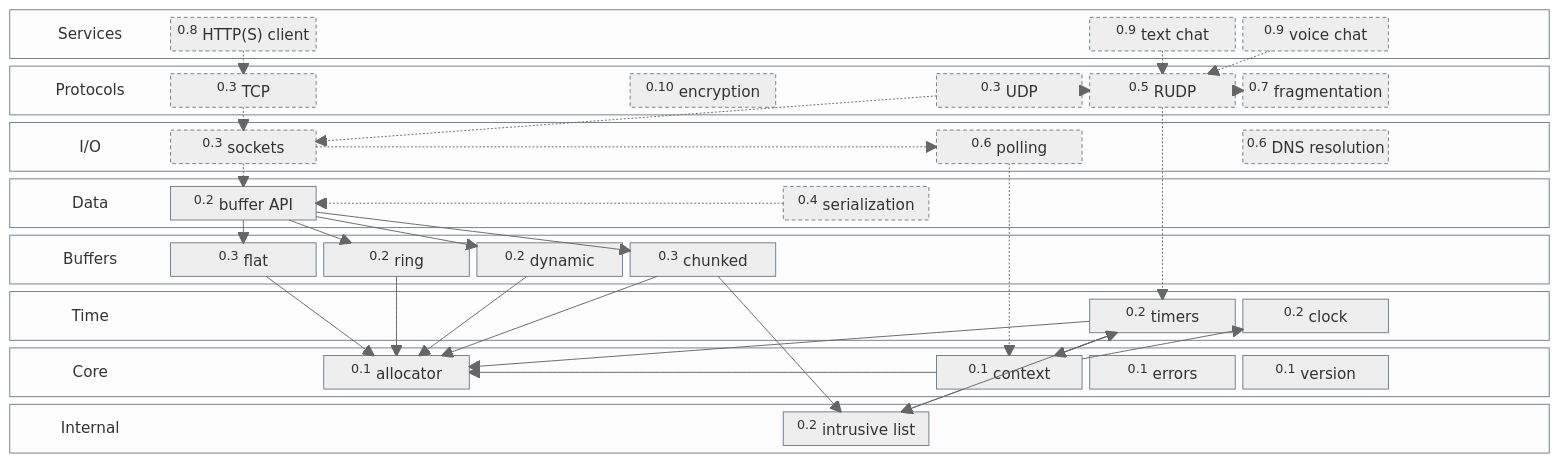
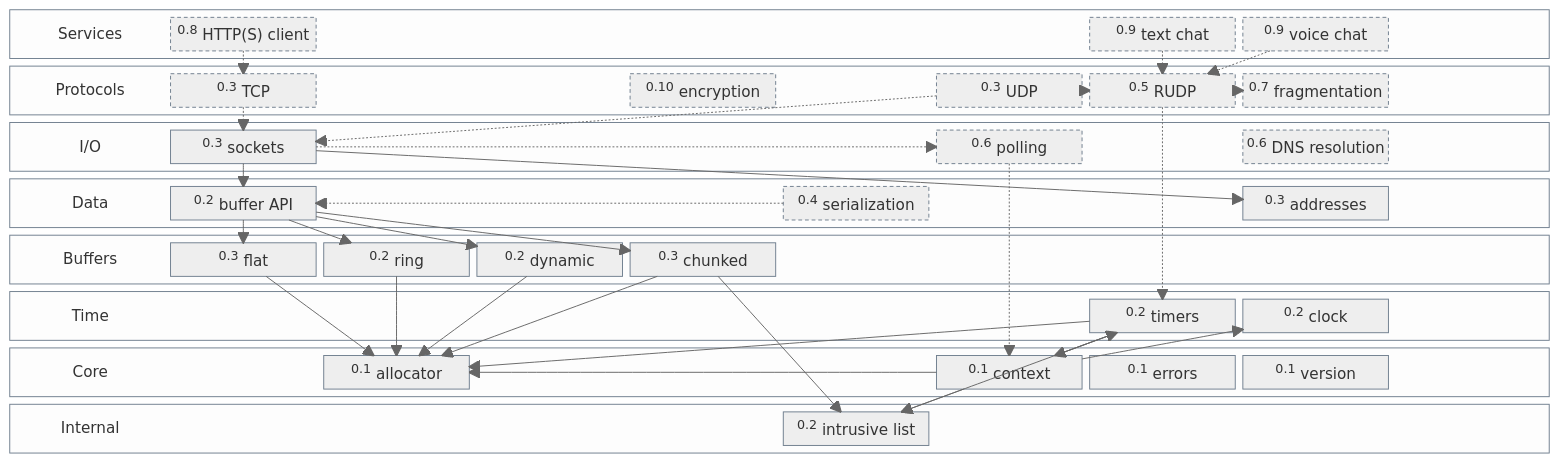
The first of 2 diagrams in docs/architecture.md (VMNL/vmnl-net), drawn with Mermaid before and after one commit. The commit also changed other lines of this file and 4 other files, not shown here.

First line of the commit message:
docs: add the sockets and the addresses to the architecture

````diff
--- a/docs/architecture.md
+++ b/docs/architecture.md
@@ -57,7 +57,9 @@
         BUFFER["<sup>0.2</sup> buffer API"]
         space:3
         SER["<sup>0.4</sup> serialization"]
-        space:4
+        space:2
+        ADDRESS["<sup>0.3</sup> addresses"]
+        space
     end
 
     block:BUFFERS
@@ -108,7 +110,8 @@
     TCP -.-> SOCKET
     UDP -.-> SOCKET
     SOCKET -.-> POLL
-    SOCKET -.-> BUFFER
+    SOCKET --> BUFFER
+    SOCKET --> ADDRESS
     SER -.-> BUFFER
     BUFFER --> FLAT
     BUFFER --> DYNAMIC
@@ -133,5 +136,5 @@
     classDef planned stroke:#6f7e8e,stroke-dasharray: 4 3
 
     class SERVICES_TITLE,PROTOCOLS_TITLE,IO_TITLE,DATA_TITLE,BUFFERS_TITLE,TIME_TITLE,CORE_TITLE,INTERNAL_TITLE title
-    class HTTP,CHAT,VOICE,TCP,UDP,RUDP,FRAG,CRYPT,SOCKET,POLL,DNS,SER planned
+    class HTTP,CHAT,VOICE,TCP,UDP,RUDP,FRAG,CRYPT,POLL,DNS,SER planned
 ```
````
